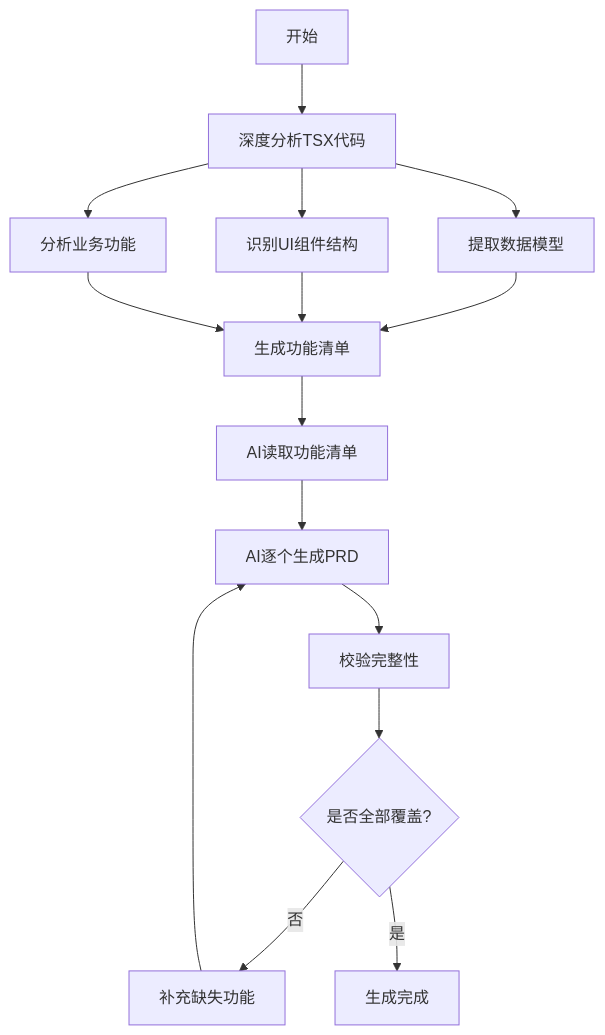
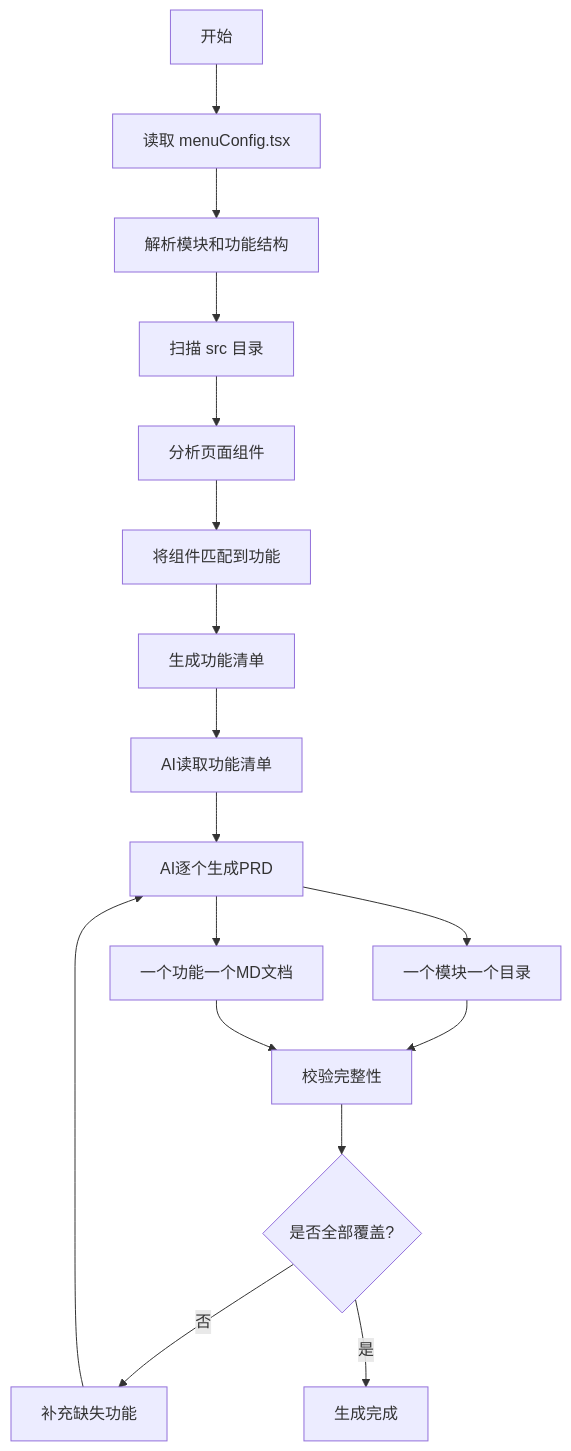
The diagram in .trae/skills/prd-generator/SKILL.md (573746624-hash/JZT------20260310), drawn with Mermaid before and after one commit. The commit also changed other lines of this file and 147 other files, not shown here.

````diff
--- a/.trae/skills/prd-generator/SKILL.md
+++ b/.trae/skills/prd-generator/SKILL.md
@@ -26,17 +28,19 @@
 ```mermaid
 flowchart TD
-    A[开始] --> B[深度分析TSX代码]
-    B --> C[提取数据模型]
-    B --> D[识别UI组件结构]
-    B --> E[分析业务功能]
-    C --> F[生成功能清单]
-    D --> F
-    E --> F
-    F --> G[AI读取功能清单]
-    G --> H[AI逐个生成PRD]
-    H --> I[校验完整性]
-    I --> J{是否全部覆盖?}
-    J -->|否| K[补充缺失功能]
-    K --> H
-    J -->|是| L[生成完成]
+    A[开始] --> B[读取 menuConfig.tsx]
+    B --> C[解析模块和功能结构]
+    C --> D[扫描 src 目录]
+    D --> E[分析页面组件]
+    E --> F[将组件匹配到功能]
+    F --> G[生成功能清单]
+    G --> H[AI读取功能清单]
+    H --> I[AI逐个生成PRD]
+    I --> J[一个模块一个目录]
+    I --> K[一个功能一个MD文档]
+    J --> L[校验完整性]
+    K --> L
+    L --> M{是否全部覆盖?}
+    M -->|否| N[补充缺失功能]
+    N --> I
+    M -->|是| O[生成完成]
 ```
````
